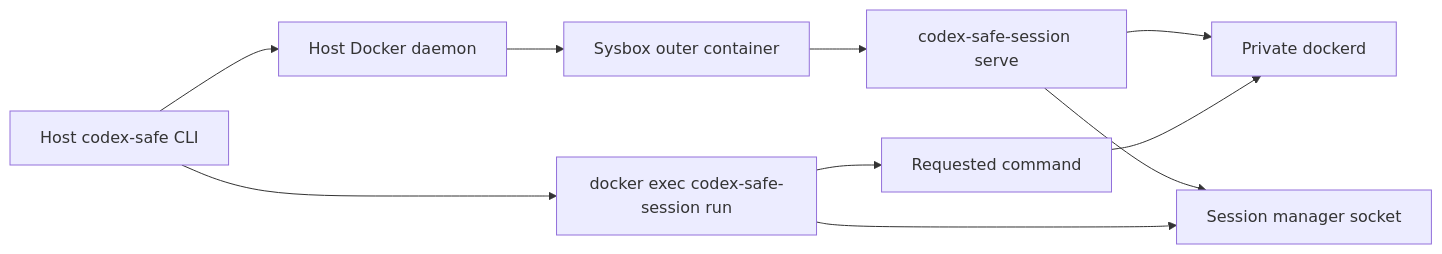
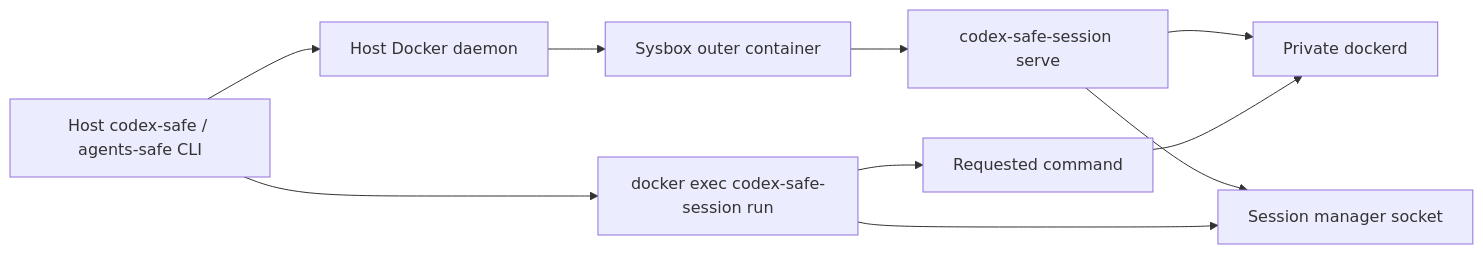
Before and after one commit to vkuptcov/agents-safe-environment: the diagram in ARCHITECTURE.md, drawn with Mermaid. The commit also changed other lines of this file and 10 other files, not shown here.

````diff
--- a/ARCHITECTURE.md
+++ b/ARCHITECTURE.md
@@ -14,12 +14,12 @@
 ```mermaid
 flowchart LR
-    CLI["Host codex-safe CLI"] --> HostDocker["Host Docker daemon"]
+    CLI["Host codex-safe / agents-safe CLI"] --> HostDocker["Host Docker daemon"]
     HostDocker --> Outer["Sysbox outer container"]
     Outer --> Supervisor["codex-safe-session serve"]
     Supervisor --> InnerDocker["Private dockerd"]
     Supervisor --> Manager["Session manager socket"]
     CLI --> Wrapper["docker exec codex-safe-session run"]
     Wrapper --> Manager
     Wrapper --> Command["Requested command"]
     Command --> InnerDocker
 ```
````
